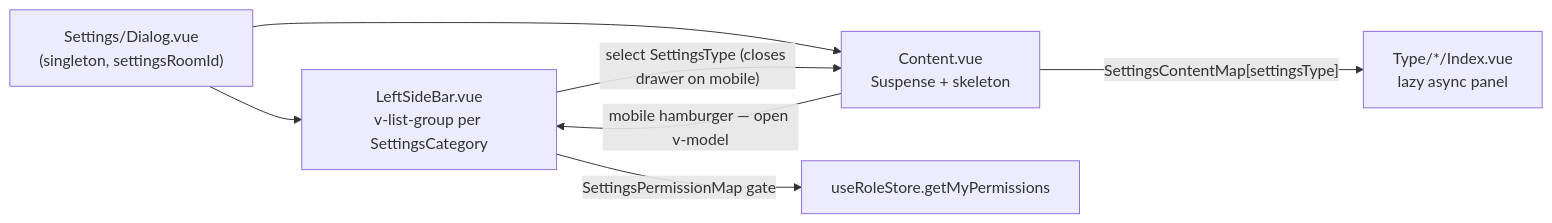
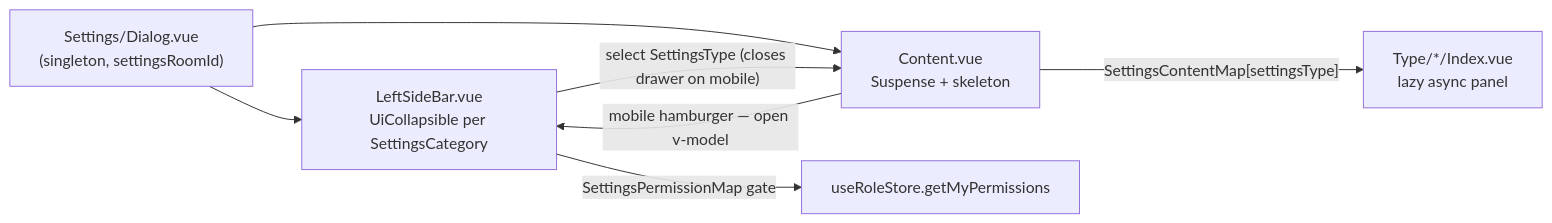
One commit to Esposter/Esposter changed the diagram in apps/web/content/docs/esbabbler/room-settings.md. Above: the diagram before and after it, drawn with Mermaid. The commit also changed other lines of this file and 11 other files, not shown here.

````diff
--- a/apps/web/content/docs/esbabbler/room-settings.md
+++ b/apps/web/content/docs/esbabbler/room-settings.md
@@ -32,9 +32,9 @@
 ```mermaid
 flowchart LR
-  Dialog["Settings/Dialog.vue<br/>(singleton, settingsRoomId)"] --> LeftSideBar["LeftSideBar.vue<br/>v-list-group per SettingsCategory"]
+  Dialog["Settings/Dialog.vue<br/>(singleton, settingsRoomId)"] --> LeftSideBar["LeftSideBar.vue<br/>UiCollapsible per SettingsCategory"]
   Dialog --> Content["Content.vue<br/>Suspense + skeleton"]
   LeftSideBar -- "select SettingsType (closes drawer on mobile)" --> Content
   Content -- "SettingsContentMap[settingsType]" --> Panel["Type/*/Index.vue<br/>lazy async panel"]
   Content -- "mobile hamburger — open v-model" --> LeftSideBar
   LeftSideBar -- "SettingsPermissionMap gate" --> RBAC["useRoleStore.getMyPermissions"]
 ```
````
